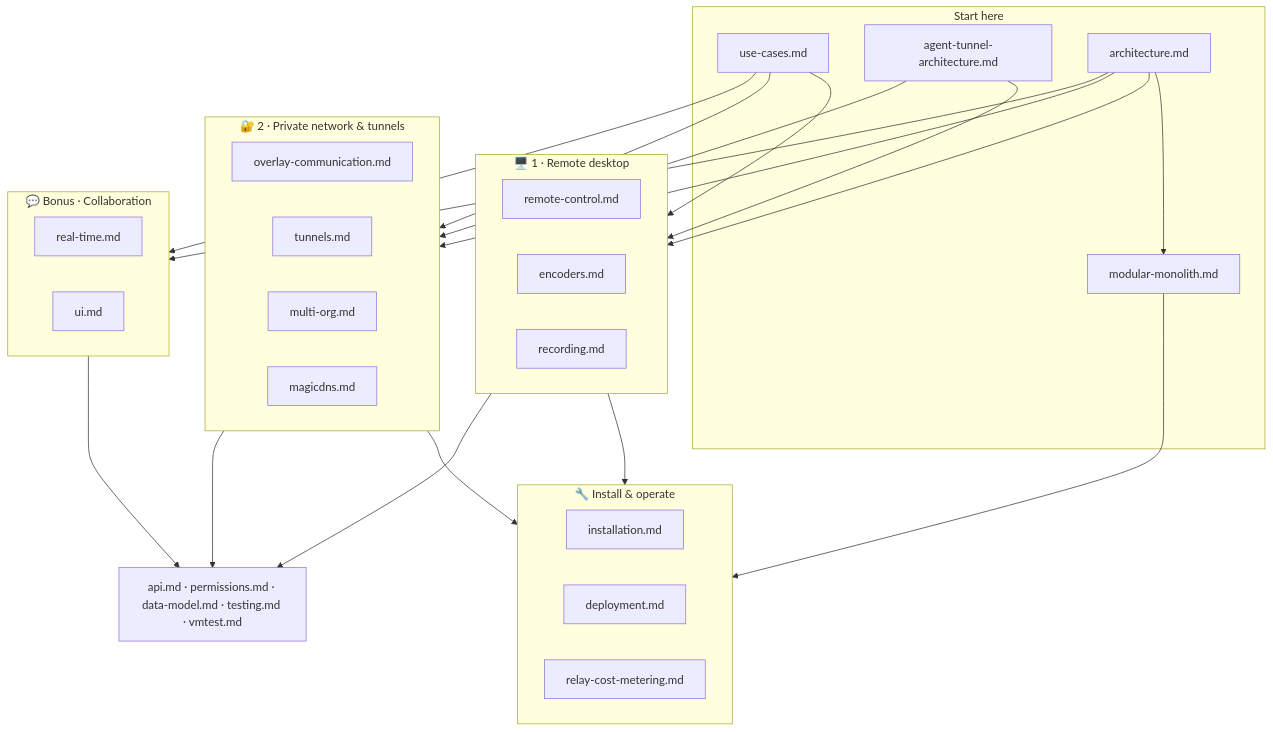
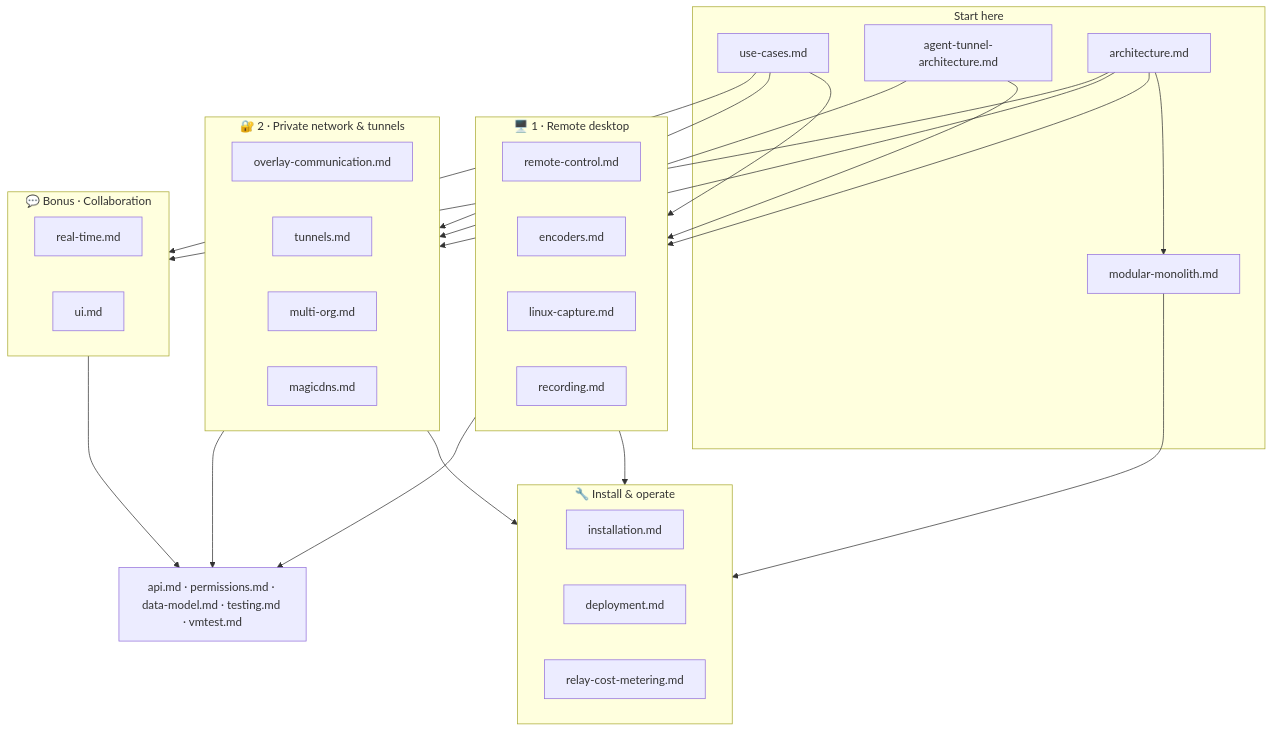
Before and after one commit to gjovanov/roomler-ai: the diagram in docs/README.md, drawn with Mermaid. The commit also changed other lines of this file and 5 other files, not shown here.

````diff
--- a/docs/README.md
+++ b/docs/README.md
@@ -24,43 +24,44 @@
 ```mermaid
 flowchart TB
     subgraph entry["Start here"]
         UC["use-cases.md"]
         ATA["agent-tunnel-architecture.md"]
         ARCH["architecture.md"]
         MM["modular-monolith.md"]
     end
 
     subgraph rd["🖥️ 1 · Remote desktop"]
         RC["remote-control.md"]
         ENC["encoders.md"]
+        LCAP["linux-capture.md"]
         REC["recording.md"]
     end
 
     subgraph net["🔐 2 · Private network & tunnels"]
         OC["overlay-communication.md"]
         TUN["tunnels.md"]
         MO["multi-org.md"]
         MDNS["magicdns.md"]
     end
 
     subgraph collab["💬 Bonus · Collaboration"]
         RT["real-time.md"]
         UIX["ui.md"]
     end
 
     subgraph ops["🔧 Install & operate"]
         INST["installation.md"]
         DEP["deployment.md"]
         RCM["relay-cost-metering.md"]
     end
 
     REF["api.md · permissions.md · data-model.md · testing.md · vmtest.md"]
 
     UC --> rd & net & collab
     ATA --> rd & net
     ARCH --> rd & net & collab
     ARCH --> MM
     MM --> ops
     rd & net --> ops
     rd & net & collab --> REF
 ```
````
